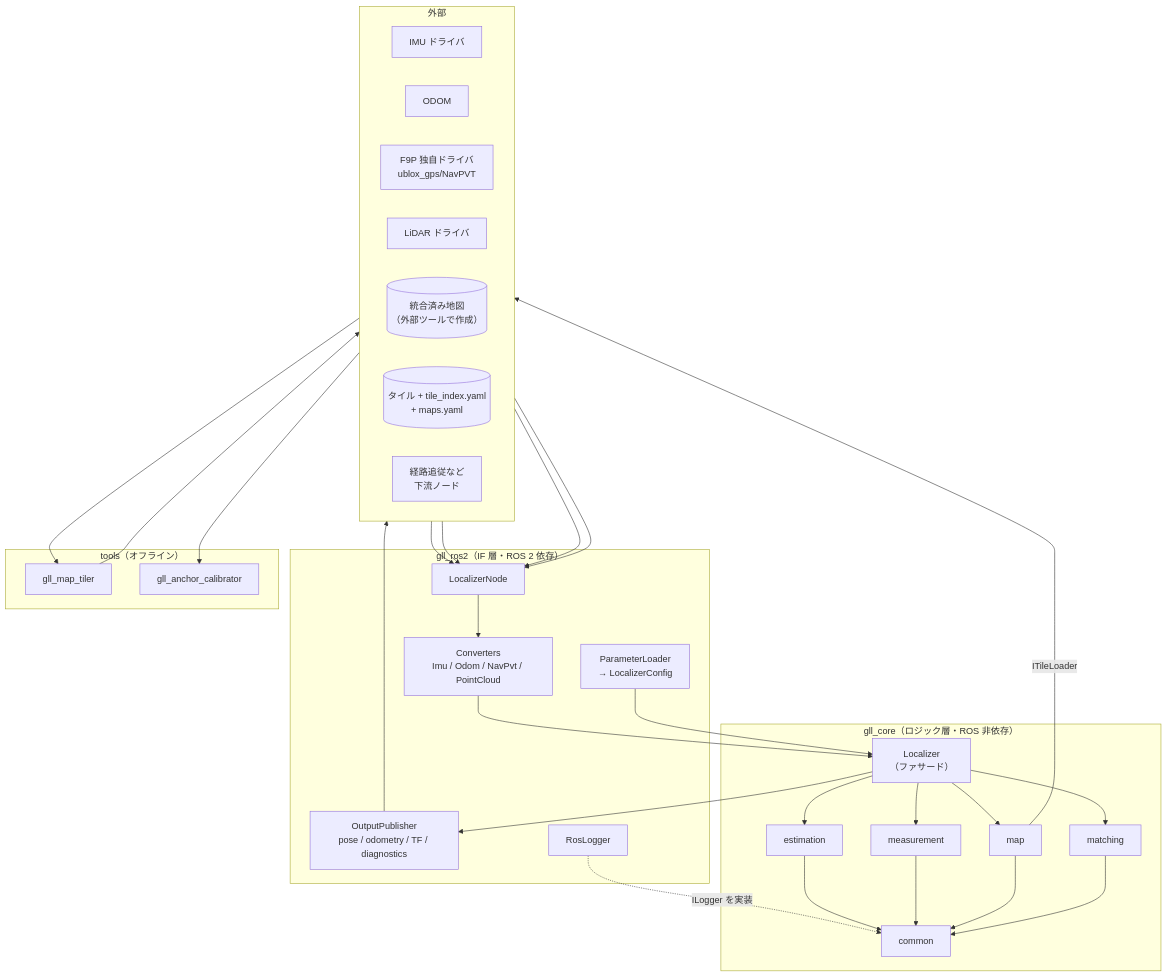
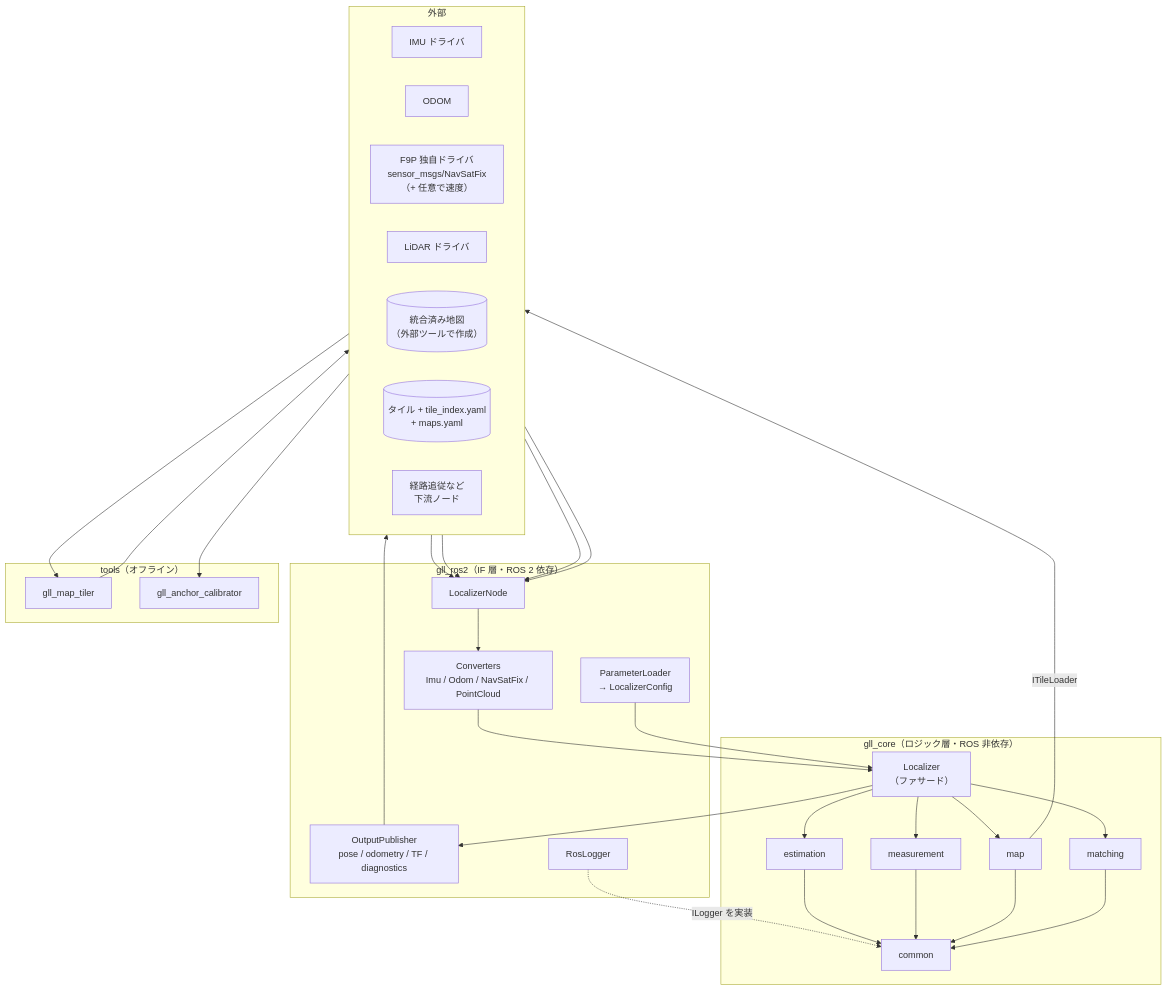
The first of 12 diagrams in docs/architecture.md (mamoru1126/gnss_and_lidar_localization), drawn with Mermaid before and after one commit. The commit also changed other lines of this file and 1 other file, not shown here.

First line of the commit message:
docs: GNSS 入力を sensor_msgs/NavSatFix に変更（設計書 v0.5）

````diff
--- a/docs/architecture.md
+++ b/docs/architecture.md
@@ -27,48 +27,48 @@
 ```mermaid
 flowchart TB
   subgraph EXT["外部"]
     direction LR
     DRV_IMU["IMU ドライバ"]
     DRV_ODOM["ODOM"]
-    DRV_GNSS["F9P 独自ドライバ<br/>ublox_gps/NavPVT"]
+    DRV_GNSS["F9P 独自ドライバ<br/>sensor_msgs/NavSatFix<br/>（+ 任意で速度）"]
     DRV_LIDAR["LiDAR ドライバ"]
     MAPFILES[("統合済み地図<br/>（外部ツールで作成）")]
     TILES[("タイル + tile_index.yaml<br/>+ maps.yaml")]
     DOWN["経路追従など<br/>下流ノード"]
   end
 
   subgraph ROS2["gll_ros2（IF 層・ROS 2 依存）"]
     NODE["LocalizerNode"]
-    CONV["Converters<br/>Imu / Odom / NavPvt / PointCloud"]
+    CONV["Converters<br/>Imu / Odom / NavSatFix / PointCloud"]
     PARAM["ParameterLoader<br/>→ LocalizerConfig"]
     PUBL["OutputPublisher<br/>pose / odometry / TF / diagnostics"]
     RLOG["RosLogger"]
   end
 
   subgraph CORE["gll_core（ロジック層・ROS 非依存）"]
     FACADE["Localizer<br/>（ファサード）"]
     EST["estimation"]
     MEAS["measurement"]
     MAPC["map"]
     MATCH["matching"]
     COMMON["common"]
   end
 
   subgraph TOOLS["tools（オフライン）"]
     TILER["gll_map_tiler"]
     CALIB["gll_anchor_calibrator"]
   end
 
   DRV_IMU & DRV_ODOM & DRV_GNSS & DRV_LIDAR --> NODE
   NODE --> CONV --> FACADE
   PARAM --> FACADE
   RLOG -. ILogger を実装 .-> COMMON
   FACADE --> PUBL --> DOWN
 
   FACADE --> EST & MEAS & MAPC & MATCH
   EST & MEAS & MAPC & MATCH --> COMMON
   MAPC -- ITileLoader --> TILES
 
   MAPFILES --> TILER --> TILES
   TILES --> CALIB
 ```
````
